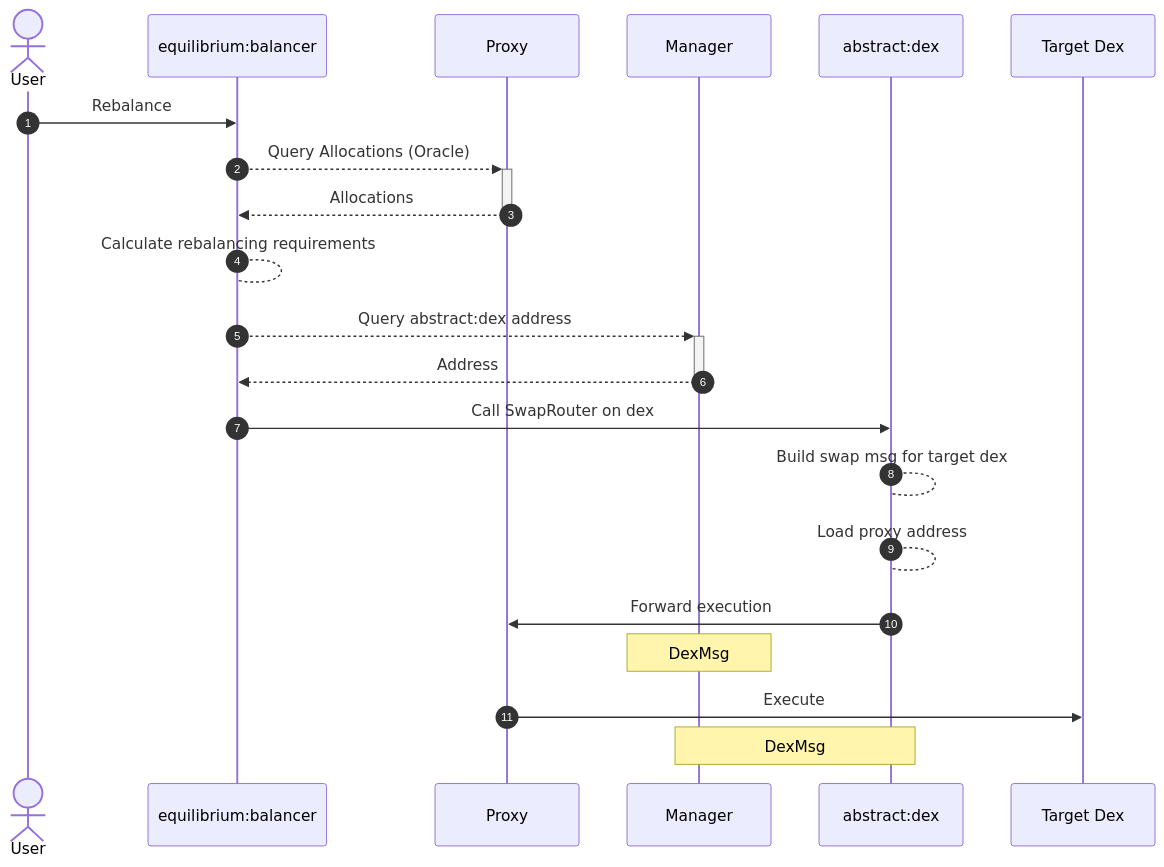
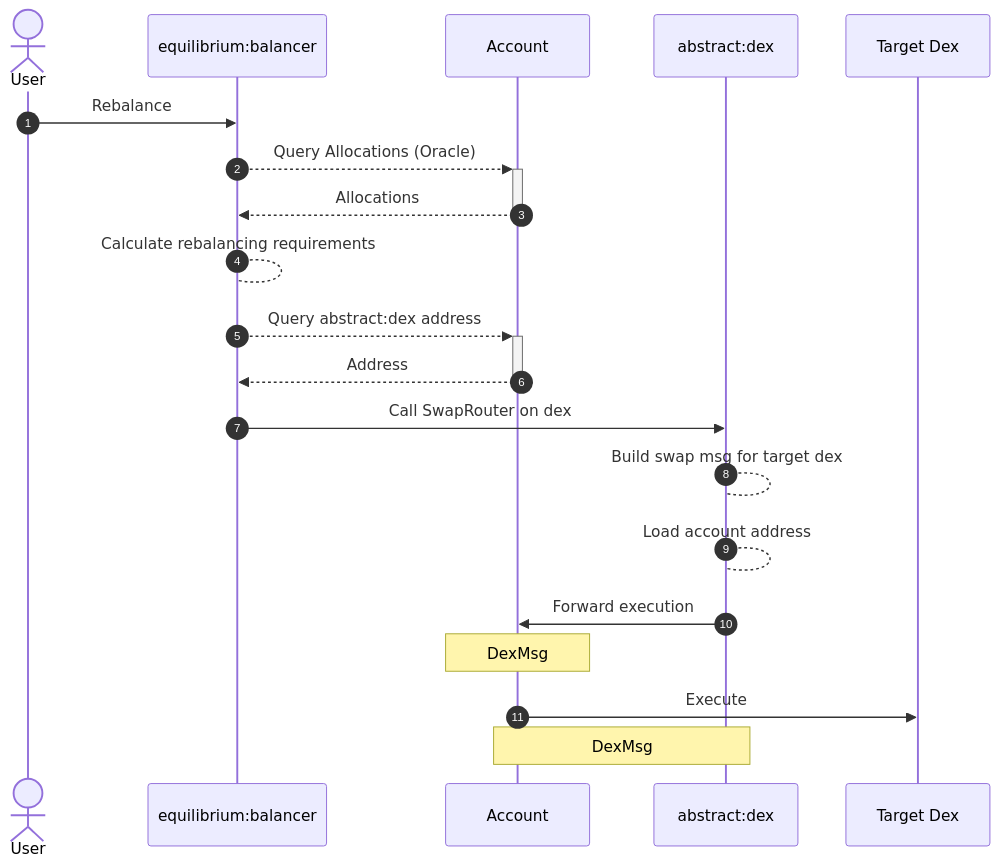
One commit to AbstractSDK/abstract changed the fourth of 4 diagrams in framework/docs/src/5_platform/5_module_factory.md. Above: the diagram before and after it, drawn with Mermaid. The commit also changed other lines of this file and 3 other files, not shown here.

````diff
--- a/framework/docs/src/5_platform/5_module_factory.md
+++ b/framework/docs/src/5_platform/5_module_factory.md
@@ -90,27 +90,26 @@
 ```mermaid
 sequenceDiagram
     autonumber
     actor U as User
     participant B as equilibrium:balancer
-    participant P as Proxy
-    participant A as Manager
+    participant A as Account
     participant D as abstract:dex
     participant T as Target Dex
 
     U ->> B: Rebalance
-    B -->>+ P: Query Allocations (Oracle)
-    P -->>- B: Allocations
+    B -->>+ A: Query Allocations (Oracle)
+    A -->>- B: Allocations
     B --> B: Calculate rebalancing requirements
 
     B -->>+ A: Query abstract:dex address
     A -->>- B: Address
 
     B ->> D: Call SwapRouter on dex
     D --> D: Build swap msg for target dex
-    D --> D: Load proxy address
+    D --> D: Load account address
 
-    D ->> P: Forward execution
+    D ->> A: Forward execution
     Note over A: DexMsg
-    P ->> T: Execute
+    A ->> T: Execute
     Note over D, A: DexMsg
 ```
````
